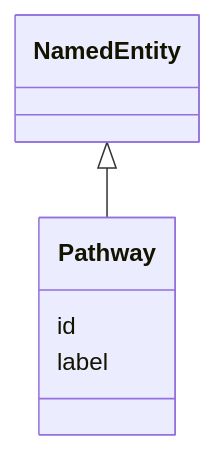
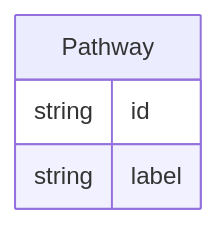
The diagram in docs/gocam/Pathway.md (monarch-initiative/ontogpt), drawn with Mermaid before and after one commit. The commit also changed 187 other files, not shown here.

````diff
--- a/docs/gocam/Pathway.md
+++ b/docs/gocam/Pathway.md
@@ -8,9 +8,10 @@
 ```mermaid
- classDiagram
-    class Pathway
-      NamedEntity <|-- Pathway
-      
-      Pathway : id
-      Pathway : label
-      
+erDiagram
+Pathway {
+    string id  
+    string label  
+}
+
+
+
 ```
````
